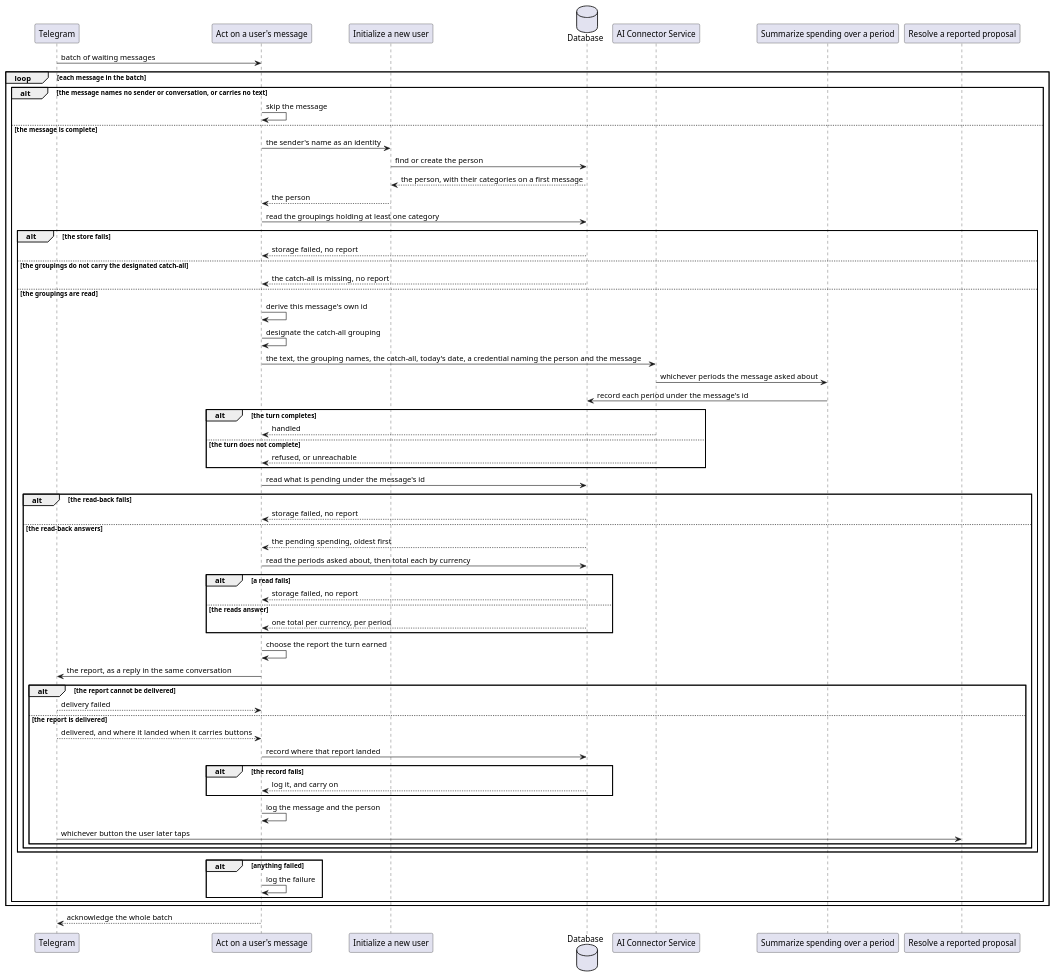
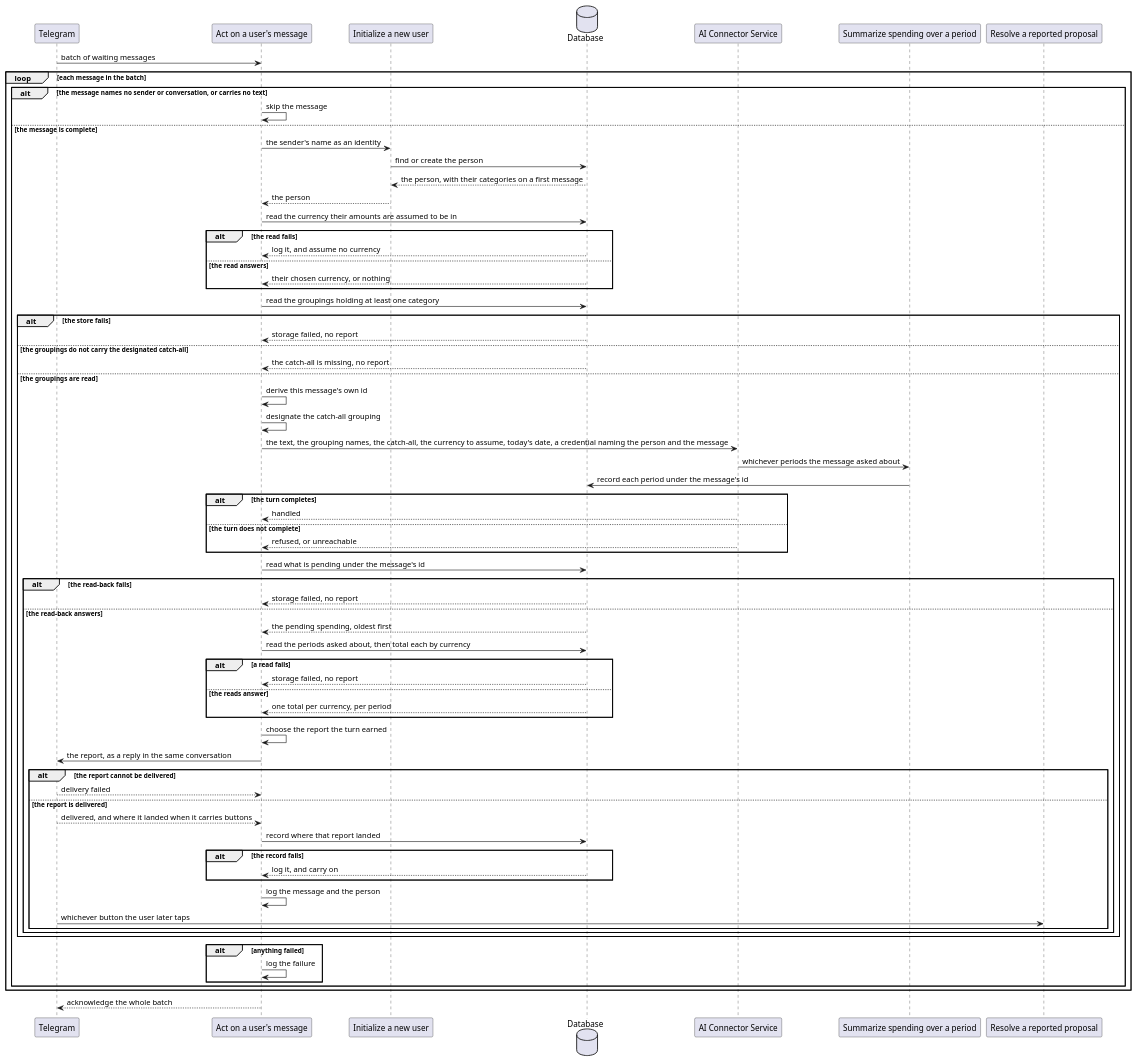
Before and after one commit to ds-usova/finance-bot: the second of 2 diagrams in ledger-service/docs/usecases/handle-incoming-message.md, drawn with PlantUML. The commit also changed other lines of this file and 11 other files, not shown here.

Commit message:
Documentation: the preferences use cases, their contracts and the currency they store

````diff
--- a/ledger-service/docs/usecases/handle-incoming-message.md
+++ b/ledger-service/docs/usecases/handle-incoming-message.md
@@ -160,71 +168,77 @@
 ```plantuml
 @startuml ActOnUserMessage-Sequence
 participant "Telegram" as TG
 participant "Act on a user's message" as UC
 participant "Initialize a new user" as IU
 database "Database" as DB
 participant "AI Connector Service" as AI
 participant "Summarize spending over a period" as SS
 participant "Resolve a reported proposal" as RP
 
 TG -> UC : batch of waiting messages
 
 loop each message in the batch
   alt the message names no sender or conversation, or carries no text
     UC -> UC : skip the message
   else the message is complete
     UC -> IU : the sender's name as an identity
     IU -> DB : find or create the person
     DB --> IU : the person, with their categories on a first message
     IU --> UC : the person
+    UC -> DB : read the currency their amounts are assumed to be in
+    alt the read fails
+      DB --> UC : log it, and assume no currency
+    else the read answers
+      DB --> UC : their chosen currency, or nothing
+    end
     UC -> DB : read the groupings holding at least one category
     alt the store fails
       DB --> UC : storage failed, no report
     else the groupings do not carry the designated catch-all
       DB --> UC : the catch-all is missing, no report
     else the groupings are read
       UC -> UC : derive this message's own id
       UC -> UC : designate the catch-all grouping
-      UC -> AI : the text, the grouping names, the catch-all, today's date, a credential naming the person and the message
+      UC -> AI : the text, the grouping names, the catch-all, the currency to assume, today's date, a credential naming the person and the message
       AI -> SS : whichever periods the message asked about
       SS -> DB : record each period under the message's id
       alt the turn completes
         AI --> UC : handled
       else the turn does not complete
         AI --> UC : refused, or unreachable
       end
       UC -> DB : read what is pending under the message's id
       alt the read-back fails
         DB --> UC : storage failed, no report
       else the read-back answers
         DB --> UC : the pending spending, oldest first
         UC -> DB : read the periods asked about, then total each by currency
         alt a read fails
           DB --> UC : storage failed, no report
         else the reads answer
           DB --> UC : one total per currency, per period
         end
         UC -> UC : choose the report the turn earned
         UC -> TG : the report, as a reply in the same conversation
         alt the report cannot be delivered
           TG --> UC : delivery failed
         else the report is delivered
           TG --> UC : delivered, and where it landed when it carries buttons
           UC -> DB : record where that report landed
           alt the record fails
             DB --> UC : log it, and carry on
           end
           UC -> UC : log the message and the person
           TG -> RP : whichever button the user later taps
         end
       end
     end
     alt anything failed
       UC -> UC : log the failure
     end
   end
 end
 
 UC --> TG : acknowledge the whole batch
 @enduml
 ```
````
